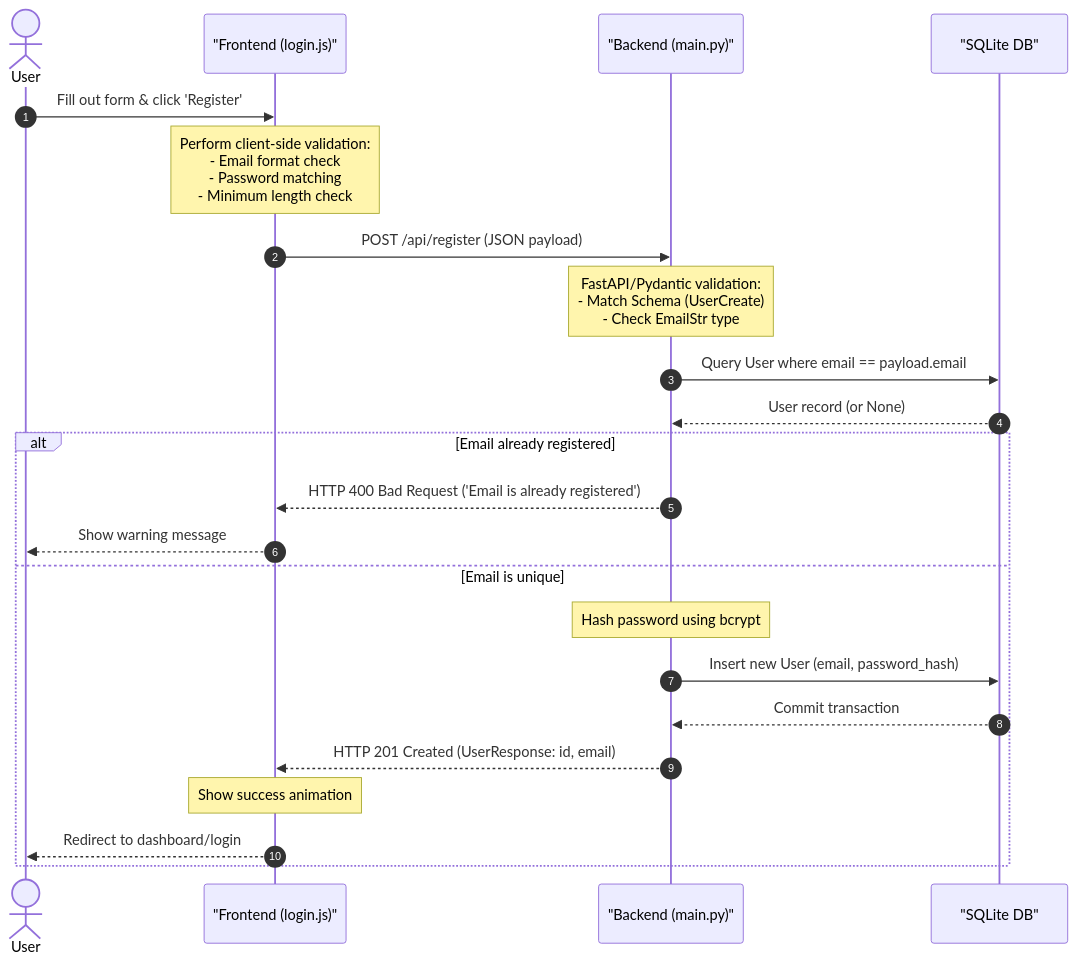
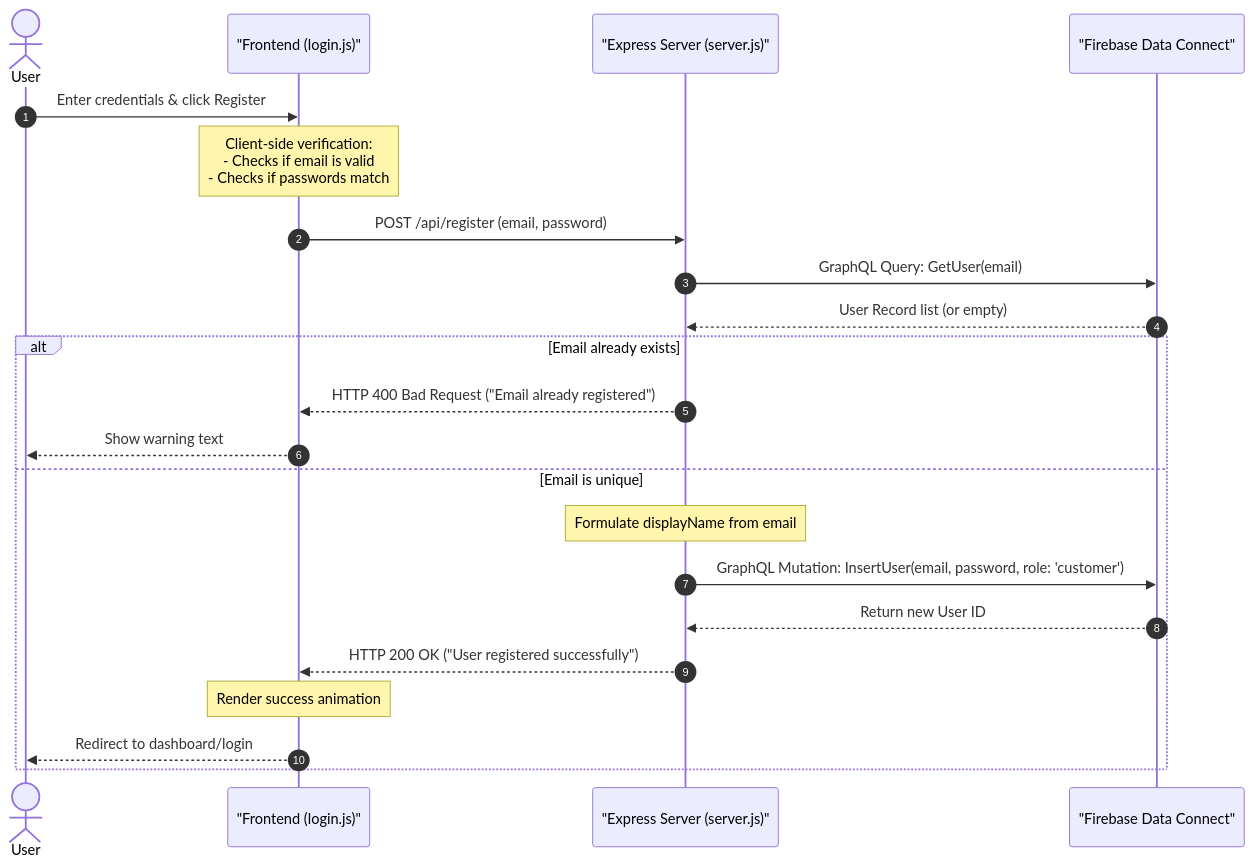
Before and after one commit to erjxni/aldi-ecommerce-system: the second of 3 diagrams in docs/architecture.md, drawn with Mermaid. The commit also changed other lines of this file and 7 other files, not shown here.

````diff
--- a/docs/architecture.md
+++ b/docs/architecture.md
@@ -76,27 +94,26 @@
 ```mermaid
 sequenceDiagram
     autonumber
     actor User
     participant FE as "Frontend (login.js)"
-    participant BE as "Backend (main.py)"
-    participant DB as "SQLite DB"
+    participant BE as "Express Server (server.js)"
+    participant DC as "Firebase Data Connect"
 
-    User->>FE: Fill out form & click 'Register'
-    Note over FE: Perform client-side validation:<br/>- Email format check<br/>- Password matching<br/>- Minimum length check
-    FE->>BE: POST /api/register (JSON payload)
-    Note over BE: FastAPI/Pydantic validation:<br/>- Match Schema (UserCreate)<br/>- Check EmailStr type
-    BE->>DB: Query User where email == payload.email
-    DB-->>BE: User record (or None)
+    User->>FE: Enter credentials & click Register
+    Note over FE: Client-side verification:<br/>- Checks if email is valid<br/>- Checks if passwords match
+    FE->>BE: POST /api/register (email, password)
+    BE->>DC: GraphQL Query: GetUser(email)
+    DC-->>BE: User Record list (or empty)
     
-    alt Email already registered
-        BE-->>FE: HTTP 400 Bad Request ('Email is already registered')
-        FE-->>User: Show warning message
+    alt Email already exists
+        BE-->>FE: HTTP 400 Bad Request ("Email already registered")
+        FE-->>User: Show warning text
     else Email is unique
-        Note over BE: Hash password using bcrypt
-        BE->>DB: Insert new User (email, password_hash)
-        DB-->>BE: Commit transaction
-        BE-->>FE: HTTP 201 Created (UserResponse: id, email)
-        Note over FE: Show success animation
+        Note over BE: Formulate displayName from email
+        BE->>DC: GraphQL Mutation: InsertUser(email, password, role: 'customer')
+        DC-->>BE: Return new User ID
+        BE-->>FE: HTTP 200 OK ("User registered successfully")
+        Note over FE: Render success animation
         FE-->>User: Redirect to dashboard/login
     end
 ```
````
